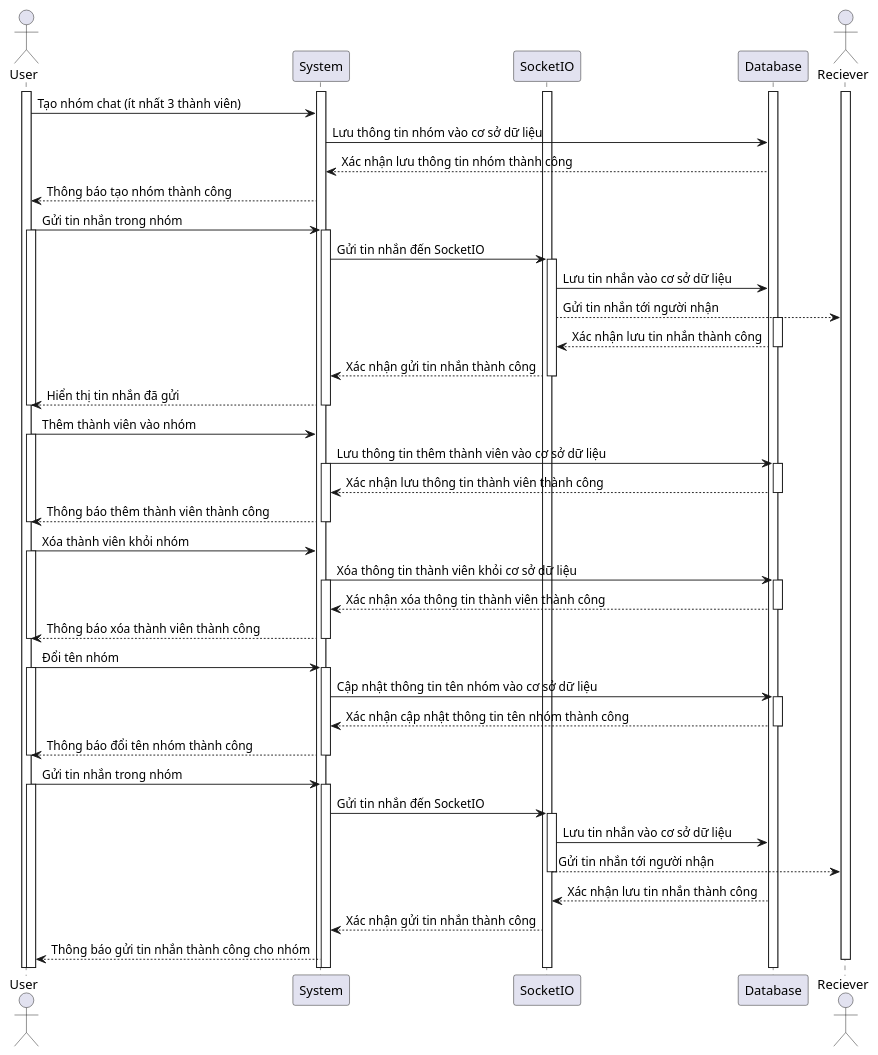
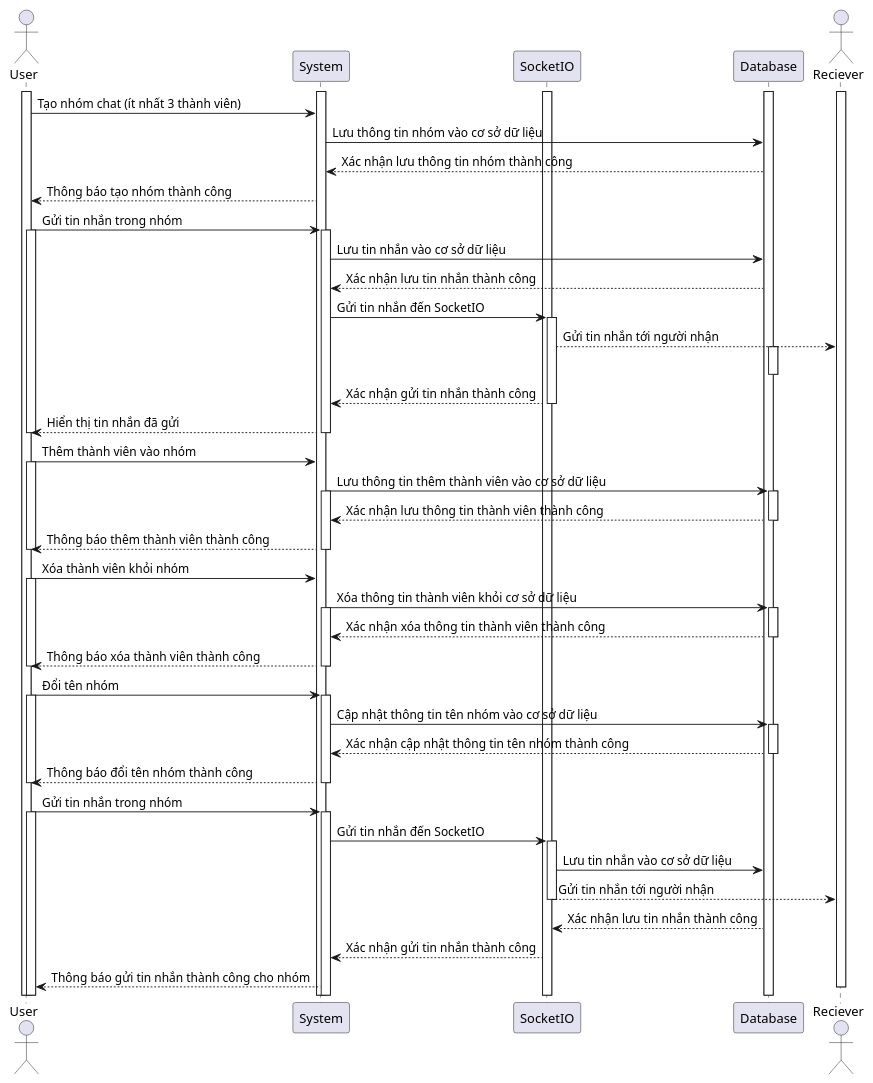
The diagram in uml/sed_groupchat.puml (phamsyhung2110/project-hust), drawn with PlantUML before and after one commit. The commit also changed 8 other files, not shown here.

Commit message:
edit uml

```diff
--- a/uml/sed_groupchat.puml
+++ b/uml/sed_groupchat.puml
@@ -1,82 +1,82 @@
 @startuml
 
 actor User
 participant System
 participant SocketIO
 participant Database
 actor Reciever
 
 activate User
 activate System
 activate SocketIO
 activate Database
 activate Reciever
 User -> System: Tạo nhóm chat (ít nhất 3 thành viên)
 System -> Database: Lưu thông tin nhóm vào cơ sở dữ liệu
 Database --> System: Xác nhận lưu thông tin nhóm thành công
 System --> User: Thông báo tạo nhóm thành công
 
 User -> System: Gửi tin nhắn trong nhóm
 activate User
 activate System
+System -> Database: Lưu tin nhắn vào cơ sở dữ liệu
+Database --> System: Xác nhận lưu tin nhắn thành công
 System -> SocketIO: Gửi tin nhắn đến SocketIO
 activate SocketIO
-SocketIO -> Database: Lưu tin nhắn vào cơ sở dữ liệu
 SocketIO --> Reciever: Gửi tin nhắn tới người nhận
 activate Database
-Database --> SocketIO: Xác nhận lưu tin nhắn thành công
 deactivate Database
 SocketIO --> System: Xác nhận gửi tin nhắn thành công
 deactivate SocketIO
 System --> User: Hiển thị tin nhắn đã gửi
 deactivate User
 deactivate System
 
 User -> System: Thêm thành viên vào nhóm
 activate User
 System -> Database: Lưu thông tin thêm thành viên vào cơ sở dữ liệu
 activate System
 activate Database
 Database --> System: Xác nhận lưu thông tin thành viên thành công
 deactivate Database
 System --> User: Thông báo thêm thành viên thành công
 deactivate User
 deactivate System
 
 
 User -> System: Xóa thành viên khỏi nhóm
 activate User
 System -> Database: Xóa thông tin thành viên khỏi cơ sở dữ liệu
 activate System
 activate Database
 Database --> System: Xác nhận xóa thông tin thành viên thành công
 deactivate Database
 System --> User: Thông báo xóa thành viên thành công
 deactivate User
 deactivate System
 
 User -> System: Đổi tên nhóm
 activate User
 activate System
 System -> Database: Cập nhật thông tin tên nhóm vào cơ sở dữ liệu
 activate Database
 Database --> System: Xác nhận cập nhật thông tin tên nhóm thành công
 deactivate Database
 System --> User: Thông báo đổi tên nhóm thành công
 deactivate System
 deactivate User
 
 User -> System: Gửi tin nhắn trong nhóm
 activate User
 activate System
 System -> SocketIO: Gửi tin nhắn đến SocketIO
 activate SocketIO
 SocketIO -> Database: Lưu tin nhắn vào cơ sở dữ liệu
 SocketIO --> Reciever: Gửi tin nhắn tới người nhận
 deactivate SocketIO
 Database --> SocketIO: Xác nhận lưu tin nhắn thành công
 SocketIO --> System: Xác nhận gửi tin nhắn thành công
 System --> User: Thông báo gửi tin nhắn thành công cho nhóm
 
 deactivate Reciever
 @enduml
```
